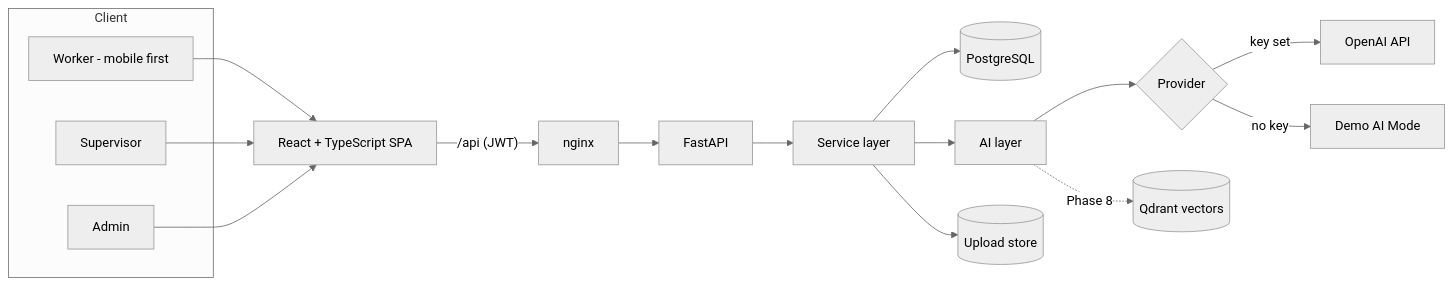
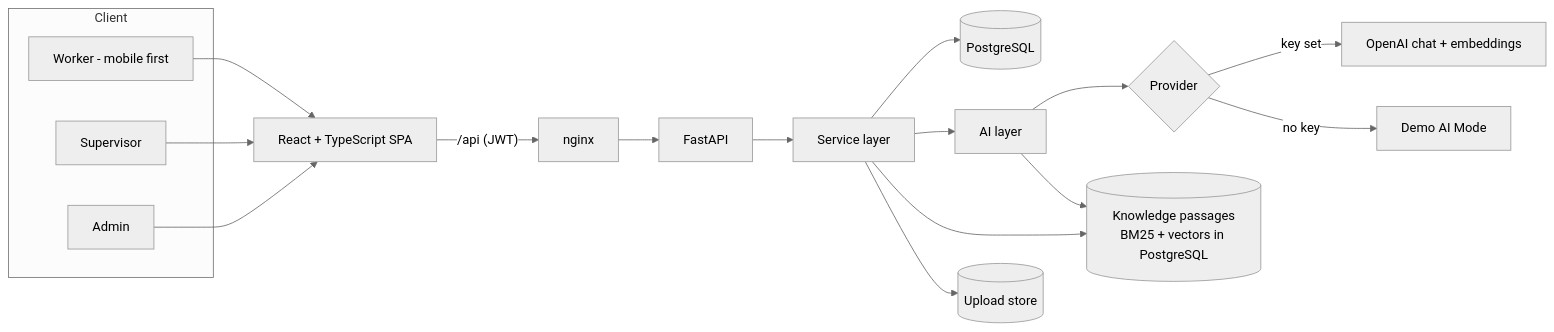
The first of 2 diagrams in docs/ARCHITECTURE.md (sayali3050/OHS-Platform), drawn with Mermaid (neutral theme) before and after one commit. The commit also changed other lines of this file and 130 other files, not shown here.

````diff
--- a/docs/ARCHITECTURE.md
+++ b/docs/ARCHITECTURE.md
@@ -9,19 +9,20 @@
 ```mermaid
 flowchart LR
   subgraph Client
     W[Worker - mobile first]
     S[Supervisor]
     A[Admin]
   end
   W & S & A --> SPA[React + TypeScript SPA]
   SPA -- "/api (JWT)" --> NGINX[nginx]
   NGINX --> API[FastAPI]
   API --> SVC[Service layer]
   SVC --> DB[(PostgreSQL)]
   SVC --> AIL[AI layer]
   AIL --> P{Provider}
-  P -- key set --> OAI[OpenAI API]
+  P -- key set --> OAI[OpenAI chat + embeddings]
   P -- no key --> MOCK[Demo AI Mode]
-  AIL -. Phase 8 .-> QD[(Qdrant vectors)]
+  SVC --> KB[(Knowledge passages<br/>BM25 + vectors in PostgreSQL)]
+  AIL --> KB
   SVC --> FS[(Upload store)]
 ```
````
